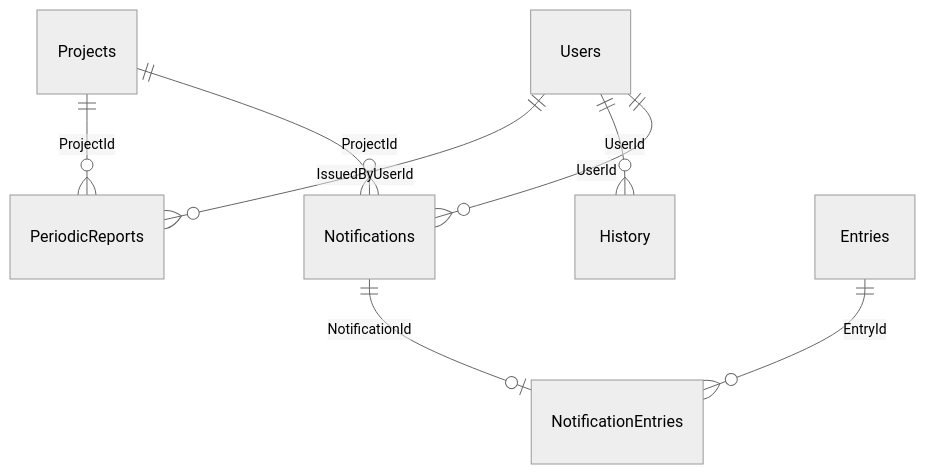
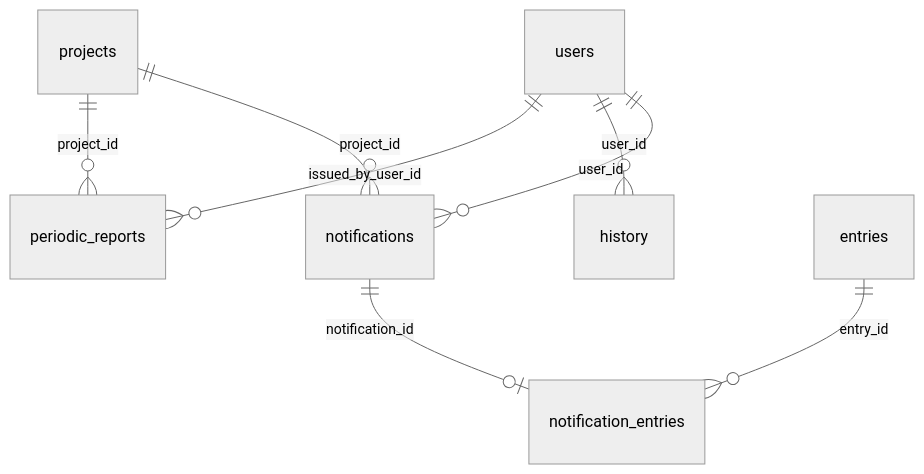
One commit to MutebAlMughyiri/redix-api changed the seventh of 8 diagrams in docs/database.md. Above: the diagram before and after it, drawn with Mermaid (neutral theme). The commit also changed other lines of this file, not shown here.

````diff
--- a/docs/database.md
+++ b/docs/database.md
@@ -997,10 +1056,10 @@
 ```mermaid
 erDiagram
-    Projects ||--o{ PeriodicReports : "ProjectId"
-    Users ||--o{ PeriodicReports : "IssuedByUserId"
-    Users ||--o{ History : "UserId"
-    Users ||--o{ Notifications : "UserId"
-    Projects ||--o{ Notifications : "ProjectId"
-    Notifications ||--o| NotificationEntries : "NotificationId"
-    Entries ||--o{ NotificationEntries : "EntryId"
+    projects ||--o{ periodic_reports : "project_id"
+    users ||--o{ periodic_reports : "issued_by_user_id"
+    users ||--o{ history : "user_id"
+    users ||--o{ notifications : "user_id"
+    projects ||--o{ notifications : "project_id"
+    notifications ||--o| notification_entries : "notification_id"
+    entries ||--o{ notification_entries : "entry_id"
 ```
````
